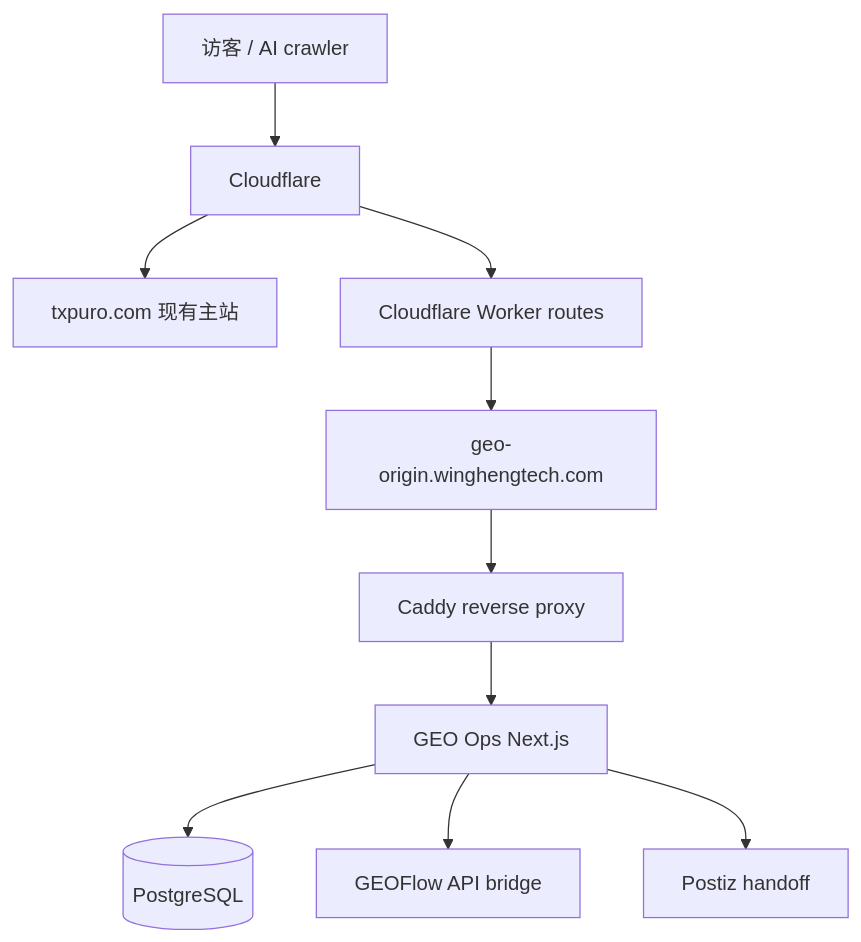
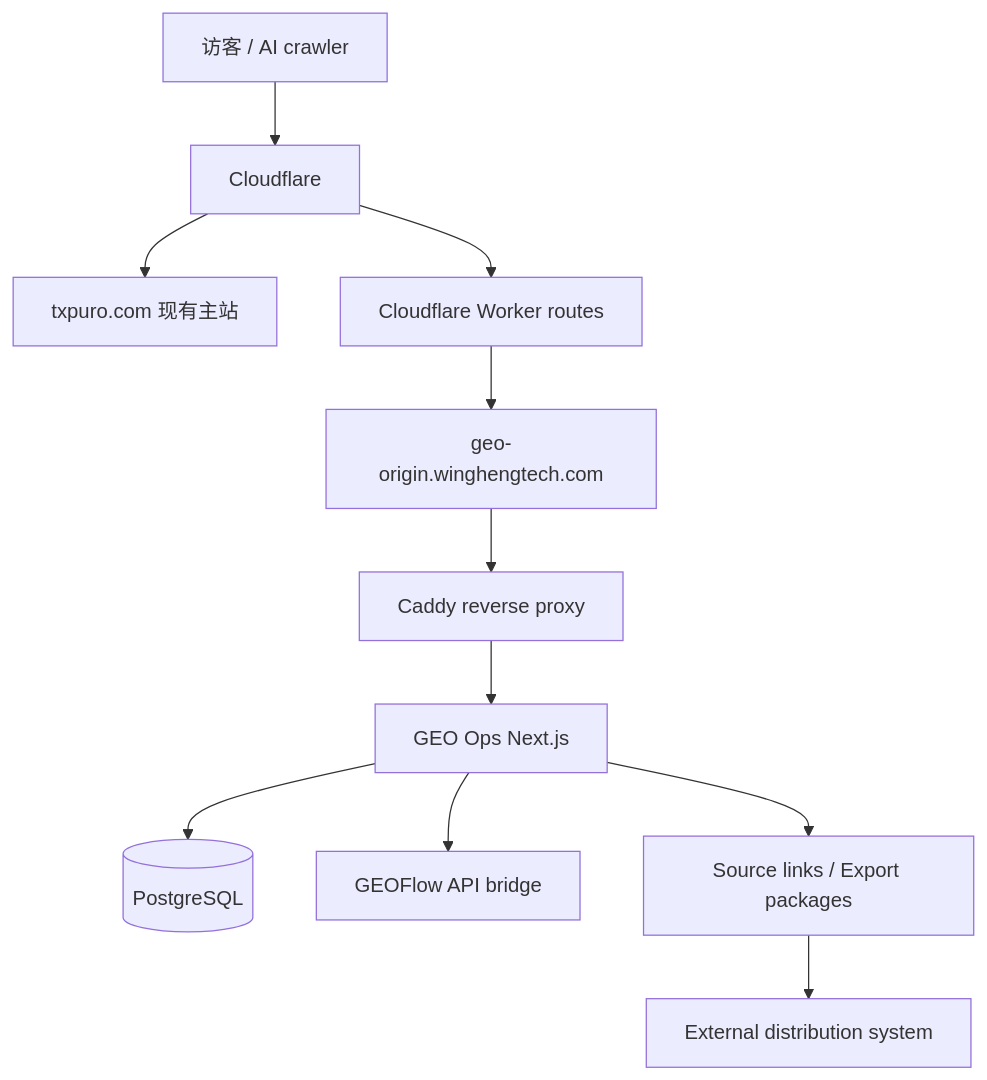
Before and after one commit to claude502/SGeoOps: the diagram in docs/system-reference.md, drawn with Mermaid. The commit also changed other lines of this file and 5 other files, not shown here.

Commit message:
Document source-link distribution boundary

````diff
--- a/docs/system-reference.md
+++ b/docs/system-reference.md
@@ -22,12 +24,13 @@
 ```mermaid
 flowchart TB
   User["访客 / AI crawler"] --> CF["Cloudflare"]
   CF --> Main["txpuro.com 现有主站"]
   CF --> Worker["Cloudflare Worker routes"]
   Worker --> Origin["geo-origin.winghengtech.com"]
   Origin --> Caddy["Caddy reverse proxy"]
   Caddy --> Ops["GEO Ops Next.js"]
   Ops --> PG[("PostgreSQL")]
   Ops --> GeoFlow["GEOFlow API bridge"]
-  Ops --> Postiz["Postiz handoff"]
+  Ops --> Source["Source links / Export packages"]
+  Source --> Distributor["External distribution system"]
 ```
````
